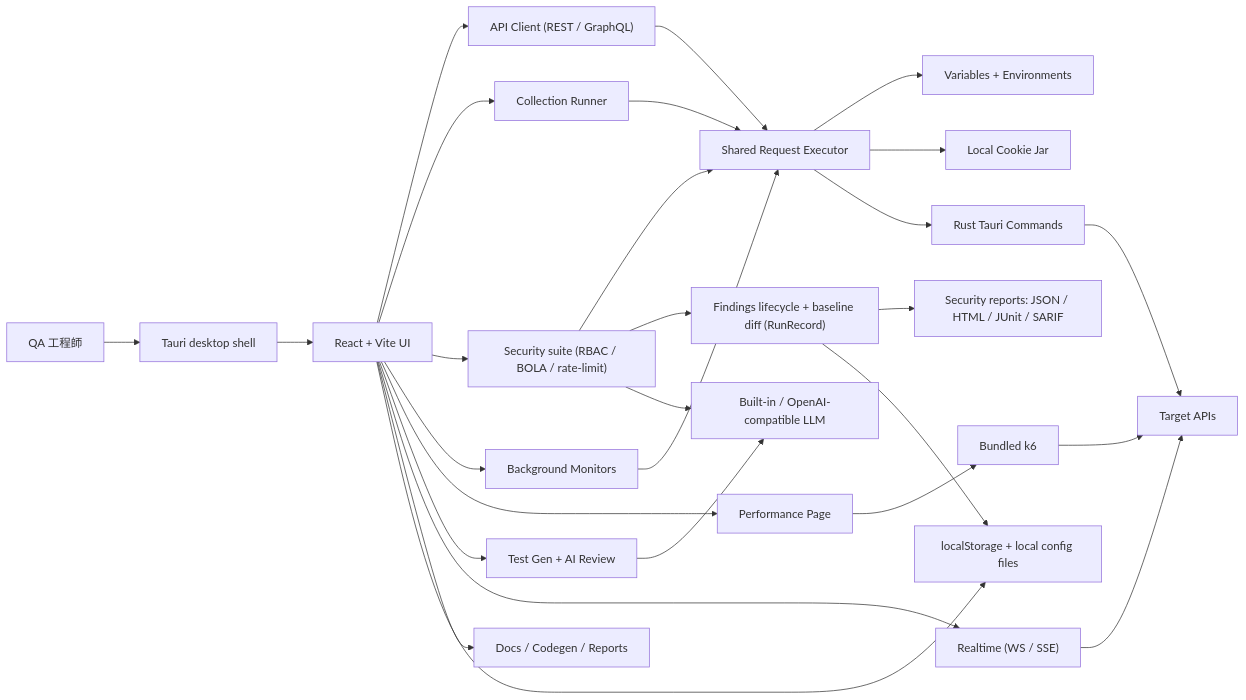
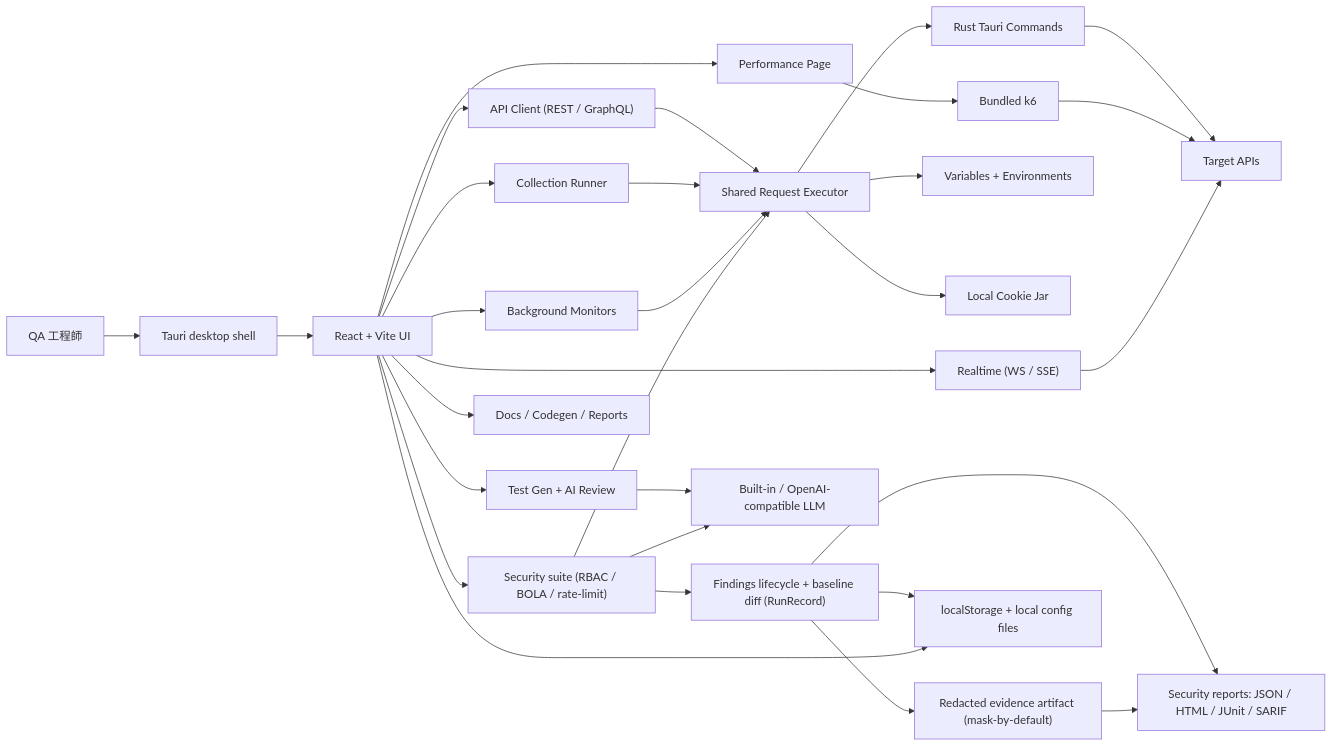
Before and after one commit to asdfghj1237890/qa-touchstone: the diagram in README.zh-TW.md, drawn with Mermaid. The commit also changed other lines of this file and 7 other files, not shown here.

````diff
--- a/README.zh-TW.md
+++ b/README.zh-TW.md
@@ -91,36 +94,38 @@
 ```mermaid
 flowchart LR
   User["QA 工程師"] --> Shell["Tauri desktop shell"]
   Shell --> UI["React + Vite UI"]
 
   UI --> Client["API Client (REST / GraphQL)"]
   UI --> Runner["Collection Runner"]
   UI --> Security["Security suite (RBAC / BOLA / rate-limit)"]
   UI --> Monitors["Background Monitors"]
   UI --> Perf["Performance Page"]
   UI --> AI["Test Gen + AI Review"]
   UI --> Realtime["Realtime (WS / SSE)"]
   UI --> Docs["Docs / Codegen / Reports"]
 
   Client --> Executor["Shared Request Executor"]
   Runner --> Executor
   Monitors --> Executor
   Security --> Executor
 
   Security --> Findings["Findings lifecycle + baseline diff (RunRecord)"]
+  Findings --> Evidence["Redacted evidence artifact (mask-by-default)"]
   Findings --> Reports["Security reports: JSON / HTML / JUnit / SARIF"]
+  Evidence --> Reports
 
   Executor --> Vars["Variables + Environments"]
   Executor --> Cookies["Local Cookie Jar"]
   Executor --> Rust["Rust Tauri Commands"]
   Rust --> APIs["Target APIs"]
 
   Perf --> K6["Bundled k6"]
   K6 --> APIs
   Realtime --> APIs
 
   AI --> LLM["Built-in / OpenAI-compatible LLM"]
   Security --> LLM
   Findings --> Storage["localStorage + local config files"]
   UI --> Storage
 ```
````
